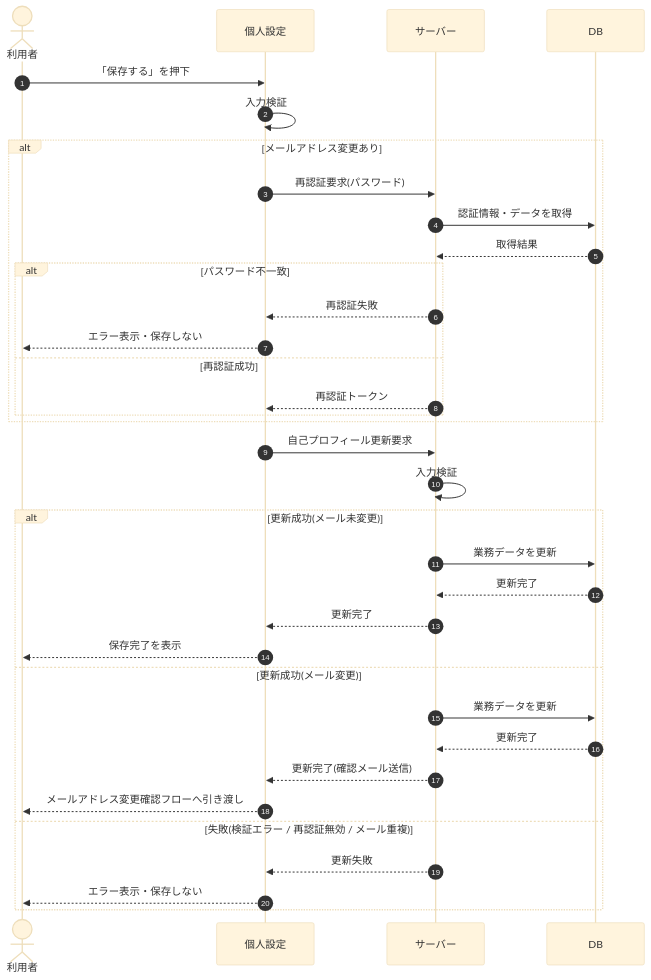
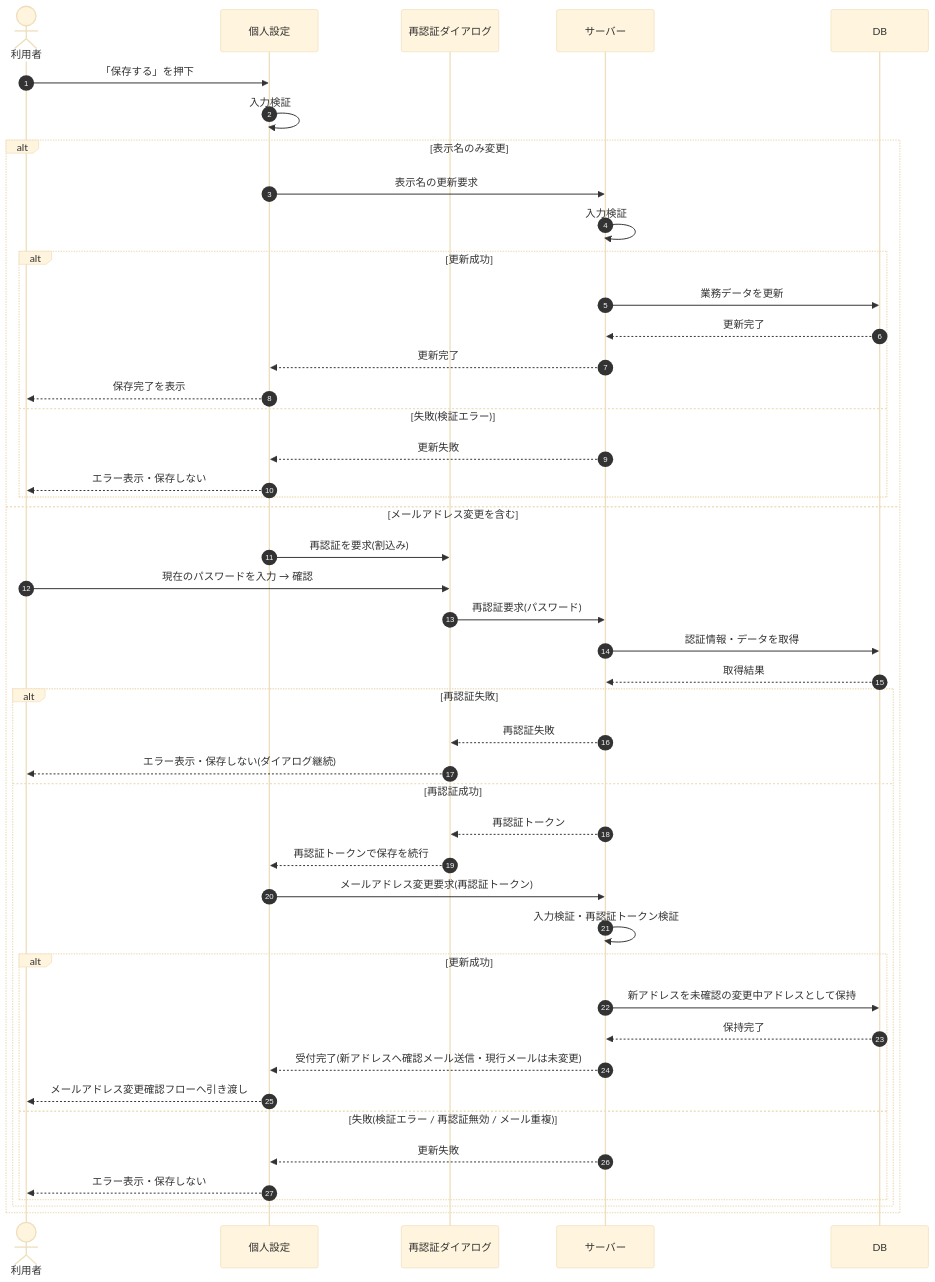
Before and after one commit to sikakou54/open-faq: the diagram in 02_basic_design/03_sequences/SEQ-070.md, drawn with Mermaid (base theme). The commit also changed other lines of this file and 99 other files, not shown here.

````diff
--- a/02_basic_design/03_sequences/SEQ-070.md
+++ b/02_basic_design/03_sequences/SEQ-070.md
@@ -25,37 +25,48 @@
 ```mermaid
 sequenceDiagram
   autonumber
   actor U as 利用者
   participant Screen as 個人設定
+  participant Dialog as 再認証ダイアログ
   participant Server as サーバー
   participant DB as DB
   U->>Screen: 「保存する」を押下
   Screen->>Screen: 入力検証
-  alt メールアドレス変更あり
-    Screen->>Server: 再認証要求(パスワード)
+  alt 表示名のみ変更
+    Screen->>Server: 表示名の更新要求
+    Server->>Server: 入力検証
+    alt 更新成功
+      Server->>DB: 業務データを更新
+      DB-->>Server: 更新完了
+      Server-->>Screen: 更新完了
+      Screen-->>U: 保存完了を表示
+    else 失敗(検証エラー)
+      Server-->>Screen: 更新失敗
+      Screen-->>U: エラー表示・保存しない
+    end
+  else メールアドレス変更を含む
+    Screen->>Dialog: 再認証を要求(割込み)
+    U->>Dialog: 現在のパスワードを入力 → 確認
+    Dialog->>Server: 再認証要求(パスワード)
     Server->>DB: 認証情報・データを取得
     DB-->>Server: 取得結果
-    alt パスワード不一致
-      Server-->>Screen: 再認証失敗
-      Screen-->>U: エラー表示・保存しない
+    alt 再認証失敗
+      Server-->>Dialog: 再認証失敗
+      Dialog-->>U: エラー表示・保存しない(ダイアログ継続)
     else 再認証成功
-      Server-->>Screen: 再認証トークン
+      Server-->>Dialog: 再認証トークン
+      Dialog-->>Screen: 再認証トークンで保存を続行
+      Screen->>Server: メールアドレス変更要求(再認証トークン)
+      Server->>Server: 入力検証・再認証トークン検証
+      alt 更新成功
+        Server->>DB: 新アドレスを未確認の変更中アドレスとして保持
+        DB-->>Server: 保持完了
+        Server-->>Screen: 受付完了(新アドレスへ確認メール送信・現行メールは未変更)
+        Screen-->>U: メールアドレス変更確認フローへ引き渡し
+      else 失敗(検証エラー / 再認証無効 / メール重複)
+        Server-->>Screen: 更新失敗
+        Screen-->>U: エラー表示・保存しない
+      end
     end
   end
-  Screen->>Server: 自己プロフィール更新要求
-  Server->>Server: 入力検証
-  alt 更新成功(メール未変更)
-    Server->>DB: 業務データを更新
-    DB-->>Server: 更新完了
-    Server-->>Screen: 更新完了
-    Screen-->>U: 保存完了を表示
-  else 更新成功(メール変更)
-    Server->>DB: 業務データを更新
-    DB-->>Server: 更新完了
-    Server-->>Screen: 更新完了(確認メール送信)
-    Screen-->>U: メールアドレス変更確認フローへ引き渡し
-  else 失敗(検証エラー / 再認証無効 / メール重複)
-    Server-->>Screen: 更新失敗
-    Screen-->>U: エラー表示・保存しない
-  end
 ```
````
